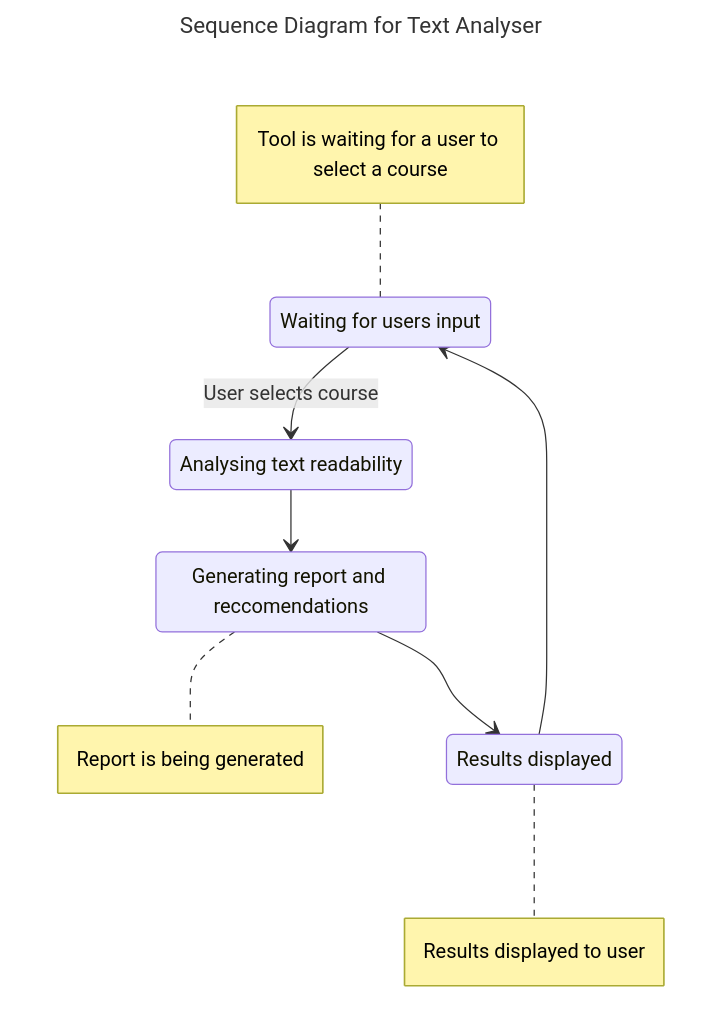
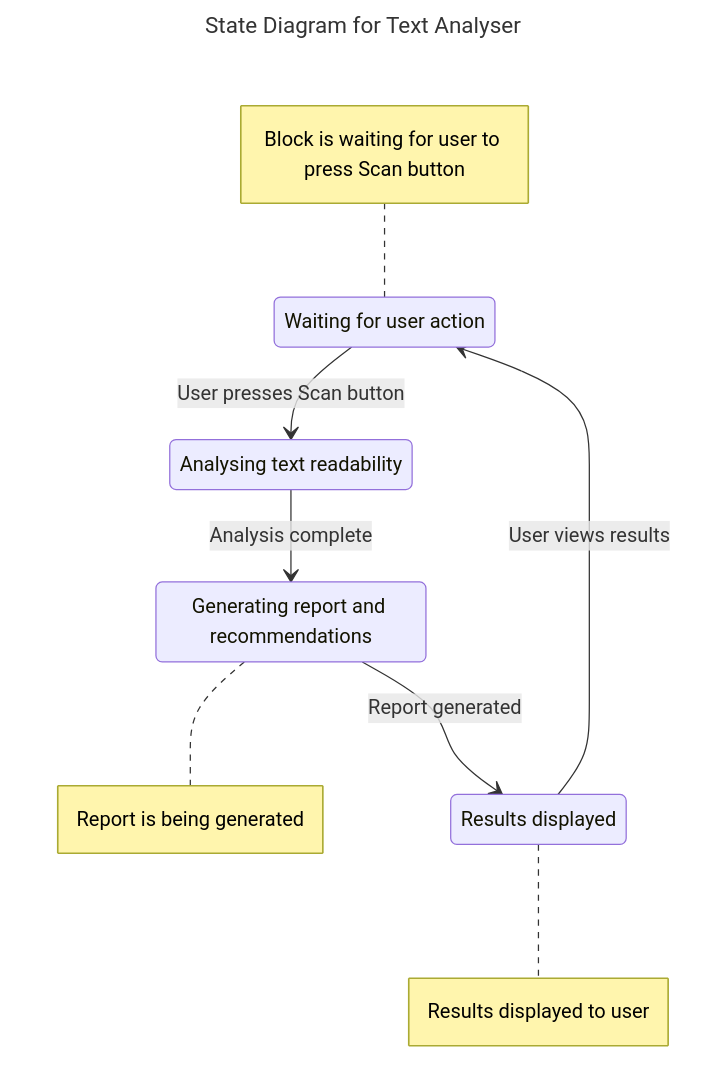
The third of 7 diagrams in README.md (anrichp/Computing-Project-2024), drawn with Mermaid before and after one commit.

Commit message:
update the state diagram to align with moodle block

````diff
--- a/README.md
+++ b/README.md
@@ -141,25 +141,25 @@
 ```mermaid
 ---
-title: Sequence Diagram for Text Analyser
+title: State Diagram for Text Analyser
 ---
 stateDiagram-v2
-    State_Idle: Waiting for users input
+    State_Idle: Waiting for user action
     note left of State_Idle
-        Tool is waiting for a user to select a course
+        Block is waiting for user to press Scan button
     end note
     State_Analysing: Analysing text readability
-    State_Reporting: Generating report and reccomendations
+    State_Reporting: Generating report and recommendations
     note right of State_Reporting
         Report is being generated
     end note
     State_Done: Results displayed
     note right of State_Done
         Results displayed to user
     end note
 
-    State_Idle-->State_Analysing: User selects course
-    State_Analysing-->State_Reporting
-    State_Reporting-->State_Done
-    State_Done-->State_Idle
+    State_Idle-->State_Analysing: User presses Scan button
+    State_Analysing-->State_Reporting: Analysis complete
+    State_Reporting-->State_Done: Report generated
+    State_Done-->State_Idle: User views results
 
 ```
````
